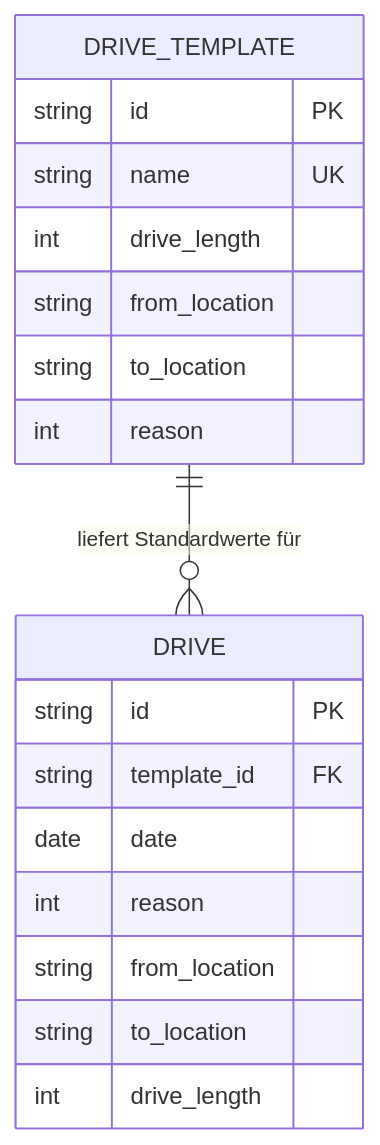
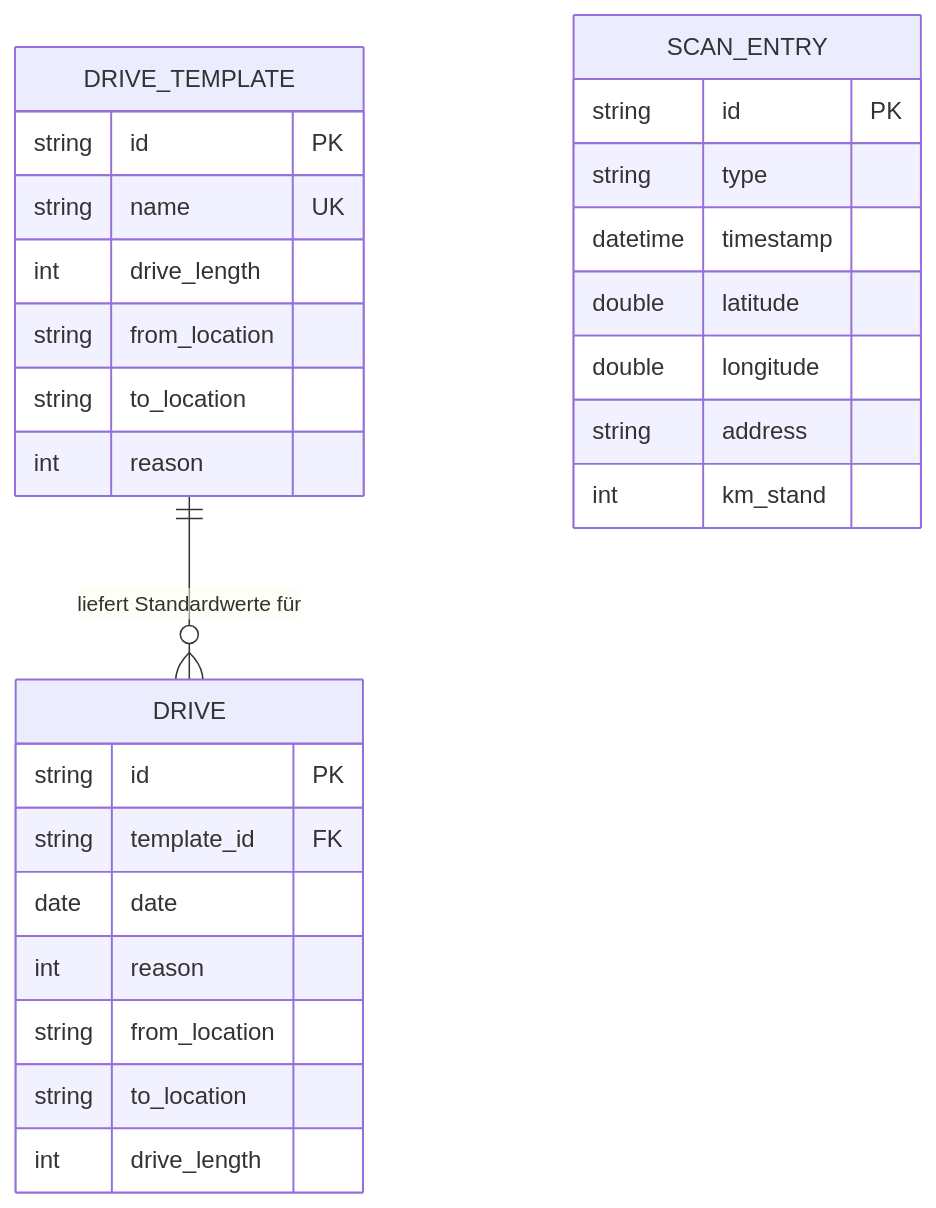
The diagram in docs/server/data-model.md (foto-andreas/Drives), drawn with Mermaid before and after one commit. The commit also changed other lines of this file and 8 other files, not shown here.

````diff
--- a/docs/server/data-model.md
+++ b/docs/server/data-model.md
@@ -7,21 +7,30 @@
 ```mermaid
 erDiagram
     DRIVE_TEMPLATE ||--o{ DRIVE : "liefert Standardwerte für"
+    SCAN_ENTRY {
+        string id PK
+        string type
+        datetime timestamp
+        double latitude
+        double longitude
+        string address
+        int km_stand
+    }
     DRIVE_TEMPLATE {
         string id PK
         string name UK
         int drive_length
         string from_location
         string to_location
         int reason
     }
     DRIVE {
         string id PK
         string template_id FK
         date date
         int reason
         string from_location
         string to_location
         int drive_length
     }
 ```
````
